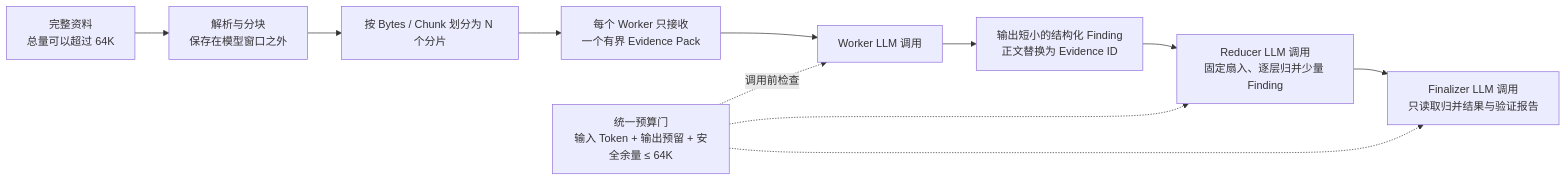
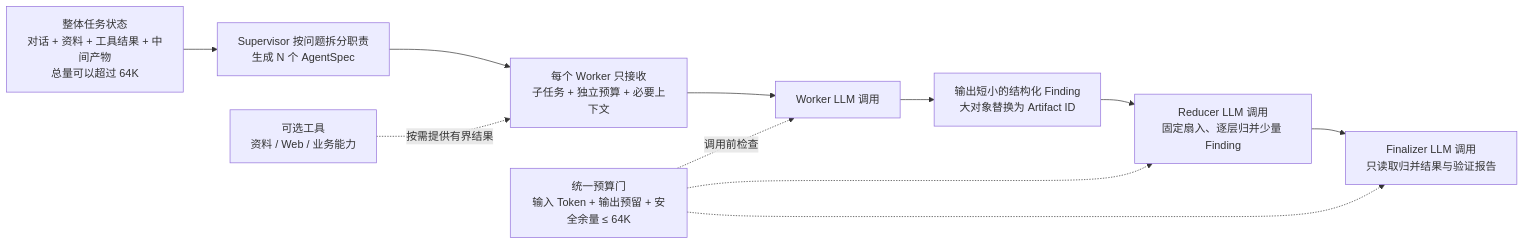
One commit to chilingche1111-blip/Muti-agent changed the second of 2 diagrams in README.md. Above: the diagram before and after it, drawn with Mermaid. The commit also changed other lines of this file and 14 other files, not shown here.

````diff
--- a/README.md
+++ b/README.md
@@ -102,14 +141,14 @@
 ```mermaid
 flowchart LR
-    DOC["完整资料<br/>总量可以超过 64K"] --> CHUNK["解析与分块<br/>保存在模型窗口之外"]
-    CHUNK --> SHARD["按 Bytes / Chunk 划分为 N 个分片"]
-    SHARD --> PACK["每个 Worker 只接收<br/>一个有界 Evidence Pack"]
+    TASK["整体任务状态<br/>对话 + 资料 + 工具结果 + 中间产物<br/>总量可以超过 64K"] --> PLAN["Supervisor 按问题拆分职责<br/>生成 N 个 AgentSpec"]
+    PLAN --> PACK["每个 Worker 只接收<br/>子任务 + 独立预算 + 必要上下文"]
     PACK --> WORKER["Worker LLM 调用"]
-    WORKER --> FINDING["输出短小的结构化 Finding<br/>正文替换为 Evidence ID"]
+    TOOL["可选工具<br/>资料 / Web / 业务能力"] -. "按需提供有界结果" .-> PACK
+    WORKER --> FINDING["输出短小的结构化 Finding<br/>大对象替换为 Artifact ID"]
     FINDING --> REDUCE["Reducer LLM 调用<br/>固定扇入、逐层归并少量 Finding"]
     REDUCE --> FINAL["Finalizer LLM 调用<br/>只读取归并结果与验证报告"]
 
     LIMIT["统一预算门<br/>输入 Token + 输出预留 + 安全余量 ≤ 64K"] -. "调用前检查" .-> WORKER
     LIMIT -.-> REDUCE
     LIMIT -.-> FINAL
 ```
````
